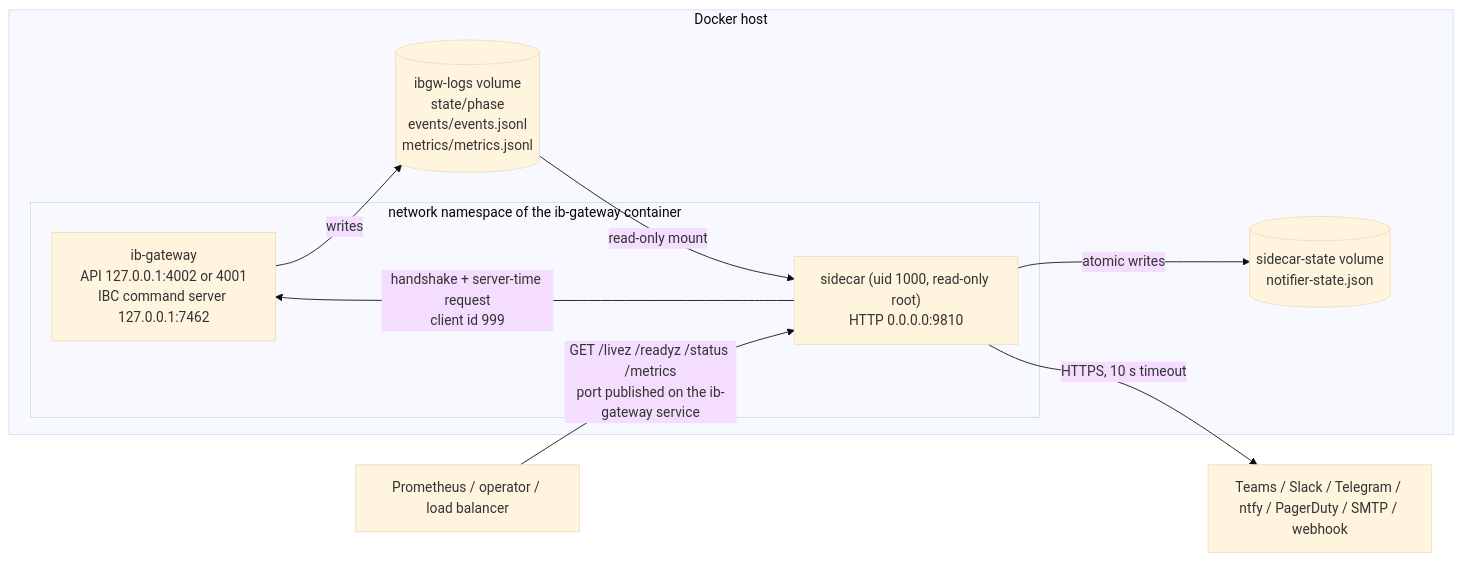
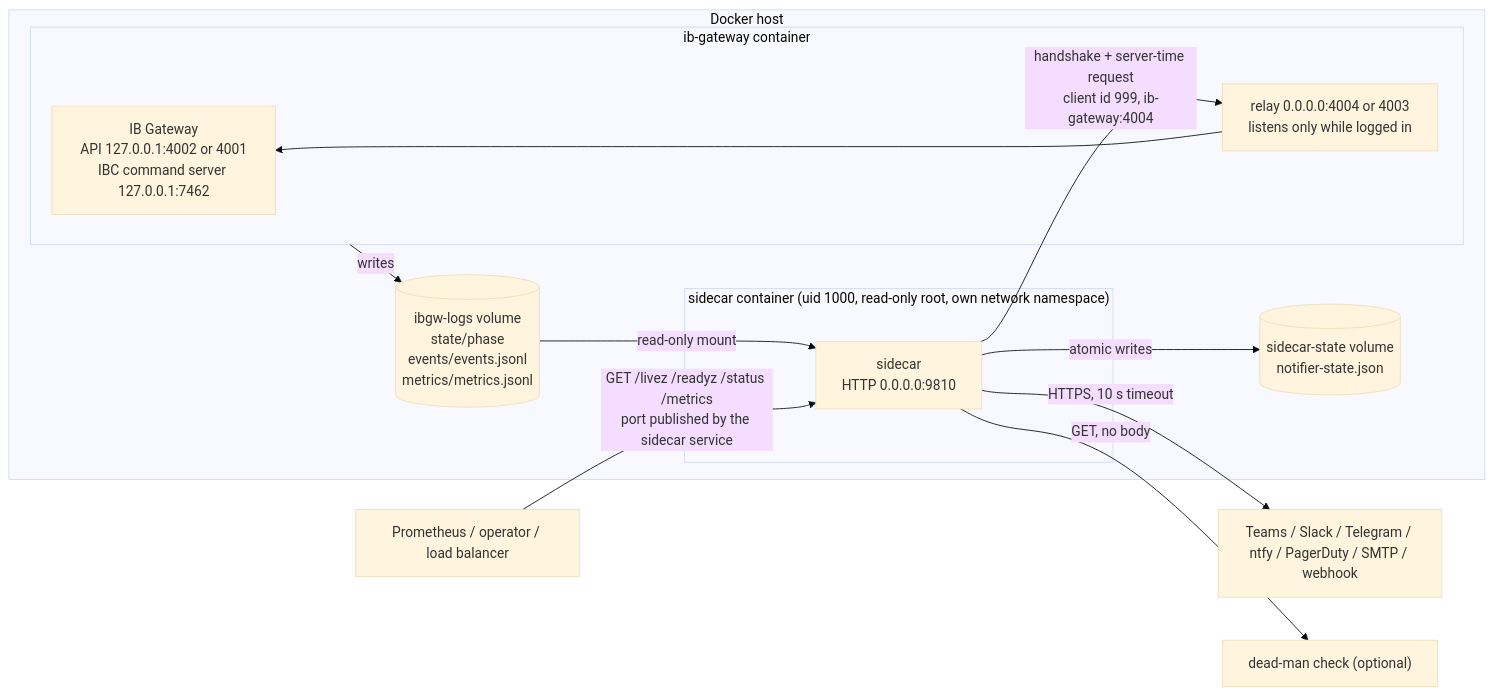
Before and after one commit to RocketEdge/brokersre-ib-gateway: the first of 5 diagrams in docs/sidecar.md, drawn with Mermaid (base theme). The commit also changed other lines of this file and 5 other files, not shown here.

First line of the commit message:
docs(sidecar): document the own-network default, the dead-man ping, the windows

````diff
--- a/docs/sidecar.md
+++ b/docs/sidecar.md
@@ -10,17 +13,22 @@
 ```mermaid
 flowchart LR
   subgraph host["Docker host"]
-    subgraph ns["network namespace of the ib-gateway container"]
-      gw["ib-gateway<br/>API 127.0.0.1:4002 or 4001<br/>IBC command server 127.0.0.1:7462"]
-      sc["sidecar (uid 1000, read-only root)<br/>HTTP 0.0.0.0:9810"]
+    subgraph gwc["ib-gateway container"]
+      gw["IB Gateway<br/>API 127.0.0.1:4002 or 4001<br/>IBC command server 127.0.0.1:7462"]
+      relay["relay 0.0.0.0:4004 or 4003<br/>listens only while logged in"]
+      relay --> gw
+    end
+    subgraph scc["sidecar container (uid 1000, read-only root, own network namespace)"]
+      sc["sidecar<br/>HTTP 0.0.0.0:9810"]
     end
     logs[("ibgw-logs volume<br/>state/phase<br/>events/events.jsonl<br/>metrics/metrics.jsonl")]
     state[("sidecar-state volume<br/>notifier-state.json")]
   end
-  gw -- "writes" --> logs
+  gwc -- "writes" --> logs
   logs -- "read-only mount" --> sc
-  sc -- "handshake + server-time request<br/>client id 999" --> gw
+  sc -- "handshake + server-time request<br/>client id 999, ib-gateway:4004" --> relay
   sc -- "atomic writes" --> state
   sc -- "HTTPS, 10 s timeout" --> channels["Teams / Slack / Telegram / ntfy / PagerDuty / SMTP / webhook"]
-  monitor["Prometheus / operator / load balancer"] -- "GET /livez /readyz /status /metrics<br/>port published on the ib-gateway service" --> sc
+  sc -- "GET, no body" --> deadman["dead-man check (optional)"]
+  monitor["Prometheus / operator / load balancer"] -- "GET /livez /readyz /status /metrics<br/>port published by the sidecar service" --> sc
 ```
````
